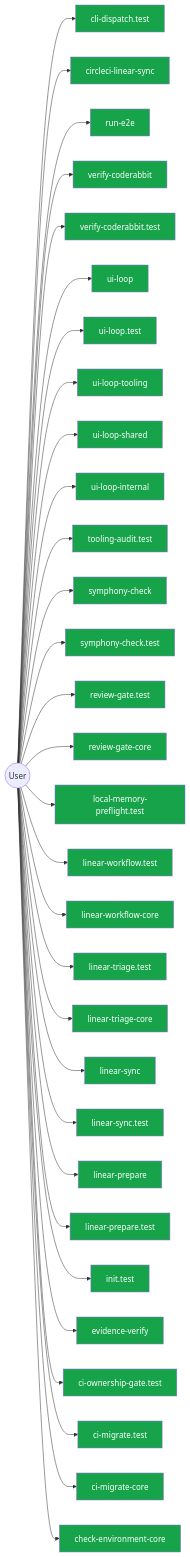
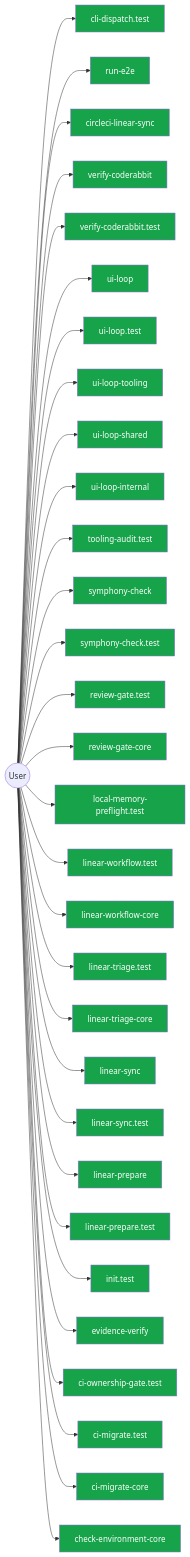
One commit to jscraik/coding-harness changed diagram 14 of 14 in AI/context/diagram-context.md. Above: the diagram before and after it, drawn with Mermaid. The commit also changed other lines of this file and 12 other files, not shown here.

````diff
--- a/AI/context/diagram-context.md
+++ b/AI/context/diagram-context.md
@@ -1960,67 +1966,67 @@
 ```mermaid
 flowchart LR
   User(("User"))
   cli_dispatch_test_54c9f17b["cli-dispatch.test"]
   User --> cli_dispatch_test_54c9f17b
+  run_e2e_39efe696["run-e2e"]
+  User --> run_e2e_39efe696
   circleci_linear_sync_19c0d6da["circleci-linear-sync"]
   User --> circleci_linear_sync_19c0d6da
-  run_e2e_39efe696["run-e2e"]
-  User --> run_e2e_39efe696
   verify_coderabbit_490b4e71["verify-coderabbit"]
   User --> verify_coderabbit_490b4e71
   verify_coderabbit_test_46cfcf29["verify-coderabbit.test"]
   User --> verify_coderabbit_test_46cfcf29
   ui_loop_11660889["ui-loop"]
   User --> ui_loop_11660889
   ui_loop_test_f0eabc42["ui-loop.test"]
   User --> ui_loop_test_f0eabc42
   ui_loop_tooling_12b2d2c7["ui-loop-tooling"]
   User --> ui_loop_tooling_12b2d2c7
   ui_loop_shared_8c83b841["ui-loop-shared"]
   User --> ui_loop_shared_8c83b841
   ui_loop_internal_f2eb8892["ui-loop-internal"]
   User --> ui_loop_internal_f2eb8892
   tooling_audit_test_d2aee28c["tooling-audit.test"]
   User --> tooling_audit_test_d2aee28c
   symphony_check_e97f2ea0["symphony-check"]
   User --> symphony_check_e97f2ea0
   symphony_check_test_6cb33eb2["symphony-check.test"]
   User --> symphony_check_test_6cb33eb2
   review_gate_test_000e2ed6["review-gate.test"]
   User --> review_gate_test_000e2ed6
   review_gate_core_4c8001f9["review-gate-core"]
   User --> review_gate_core_4c8001f9
   local_memory_preflight_test_5e323bbf["local-memory-preflight.test"]
   User --> local_memory_preflight_test_5e323bbf
   linear_workflow_test_a351dcb0["linear-workflow.test"]
   User --> linear_workflow_test_a351dcb0
   linear_workflow_core_0e19cff4["linear-workflow-core"]
   User --> linear_workflow_core_0e19cff4
   linear_triage_test_1b75a8b8["linear-triage.test"]
   User --> linear_triage_test_1b75a8b8
   linear_triage_core_7cbca73e["linear-triage-core"]
   User --> linear_triage_core_7cbca73e
   linear_sync_a2fa2bf7["linear-sync"]
   User --> linear_sync_a2fa2bf7
   linear_sync_test_da1e1eab["linear-sync.test"]
   User --> linear_sync_test_da1e1eab
   linear_prepare_0c613ba6["linear-prepare"]
   User --> linear_prepare_0c613ba6
   linear_prepare_test_678f11a9["linear-prepare.test"]
   User --> linear_prepare_test_678f11a9
   init_test_cbba76a6["init.test"]
   User --> init_test_cbba76a6
   evidence_verify_3b73c290["evidence-verify"]
   User --> evidence_verify_3b73c290
   ci_ownership_gate_test_7b1c196d["ci-ownership-gate.test"]
   User --> ci_ownership_gate_test_7b1c196d
   ci_migrate_test_2a015bb9["ci-migrate.test"]
   User --> ci_migrate_test_2a015bb9
   ci_migrate_core_7005b5af["ci-migrate-core"]
   User --> ci_migrate_core_7005b5af
   check_environment_core_2c16213f["check-environment-core"]
   User --> check_environment_core_2c16213f
   classDef userNode fill:#16a34a,color:#fff
-  class cli_dispatch_test_54c9f17b,circleci_linear_sync_19c0d6da,run_e2e_39efe696,verify_coderabbit_490b4e71,verify_coderabbit_test_46cfcf29,ui_loop_11660889,ui_loop_test_f0eabc42,ui_loop_tooling_12b2d2c7,ui_loop_shared_8c83b841,ui_loop_internal_f2eb8892,tooling_audit_test_d2aee28c,symphony_check_e97f2ea0,symphony_check_test_6cb33eb2,review_gate_test_000e2ed6,review_gate_core_4c8001f9,local_memory_preflight_test_5e323bbf,linear_workflow_test_a351dcb0,linear_workflow_core_0e19cff4,linear_triage_test_1b75a8b8,linear_triage_core_7cbca73e,linear_sync_a2fa2bf7,linear_sync_test_da1e1eab,linear_prepare_0c613ba6,linear_prepare_test_678f11a9,init_test_cbba76a6,evidence_verify_3b73c290,ci_ownership_gate_test_7b1c196d,ci_migrate_test_2a015bb9,ci_migrate_core_7005b5af,check_environment_core_2c16213f userNode
+  class cli_dispatch_test_54c9f17b,run_e2e_39efe696,circleci_linear_sync_19c0d6da,verify_coderabbit_490b4e71,verify_coderabbit_test_46cfcf29,ui_loop_11660889,ui_loop_test_f0eabc42,ui_loop_tooling_12b2d2c7,ui_loop_shared_8c83b841,ui_loop_internal_f2eb8892,tooling_audit_test_d2aee28c,symphony_check_e97f2ea0,symphony_check_test_6cb33eb2,review_gate_test_000e2ed6,review_gate_core_4c8001f9,local_memory_preflight_test_5e323bbf,linear_workflow_test_a351dcb0,linear_workflow_core_0e19cff4,linear_triage_test_1b75a8b8,linear_triage_core_7cbca73e,linear_sync_a2fa2bf7,linear_sync_test_da1e1eab,linear_prepare_0c613ba6,linear_prepare_test_678f11a9,init_test_cbba76a6,evidence_verify_3b73c290,ci_ownership_gate_test_7b1c196d,ci_migrate_test_2a015bb9,ci_migrate_core_7005b5af,check_environment_core_2c16213f userNode
 
 ```
````
